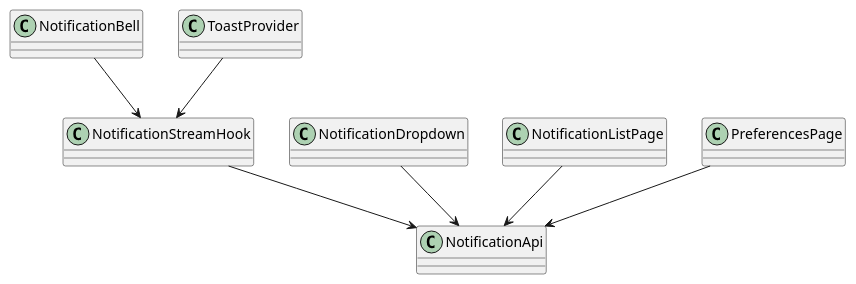
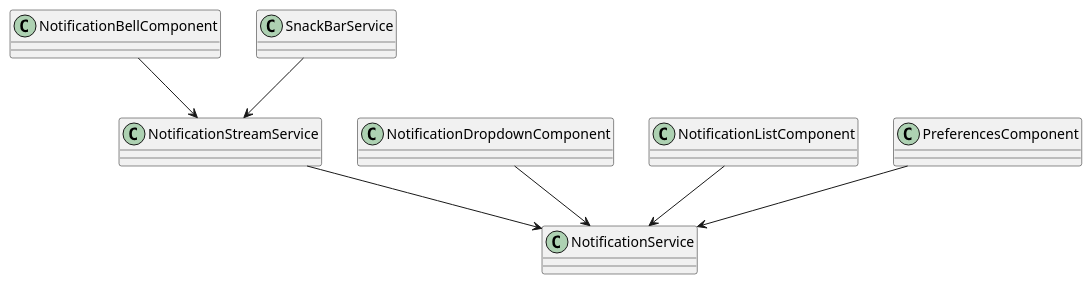
One commit to QuinntyneBrown/LendQ changed the diagram in docs/detailed-designs/diagrams/plantuml/fe_class_notification.puml. Above: the diagram before and after it, drawn with PlantUML. The commit also changed 310 other files, not shown here.

```diff
--- a/docs/detailed-designs/diagrams/plantuml/fe_class_notification.puml
+++ b/docs/detailed-designs/diagrams/plantuml/fe_class_notification.puml
@@ -1,17 +1,17 @@
 @startuml
 skinparam classAttributeIconSize 0
-class NotificationBell
-class NotificationDropdown
-class NotificationListPage
-class NotificationStreamHook
-class ToastProvider
-class PreferencesPage
-class NotificationApi
+class NotificationBellComponent
+class NotificationDropdownComponent
+class NotificationListComponent
+class NotificationStreamService
+class SnackBarService
+class PreferencesComponent
+class NotificationService
 
-NotificationBell --> NotificationStreamHook
-NotificationDropdown --> NotificationApi
-NotificationListPage --> NotificationApi
-NotificationStreamHook --> NotificationApi
-PreferencesPage --> NotificationApi
-ToastProvider --> NotificationStreamHook
+NotificationBellComponent --> NotificationStreamService
+NotificationDropdownComponent --> NotificationService
+NotificationListComponent --> NotificationService
+NotificationStreamService --> NotificationService
+PreferencesComponent --> NotificationService
+SnackBarService --> NotificationStreamService
 @enduml
```
